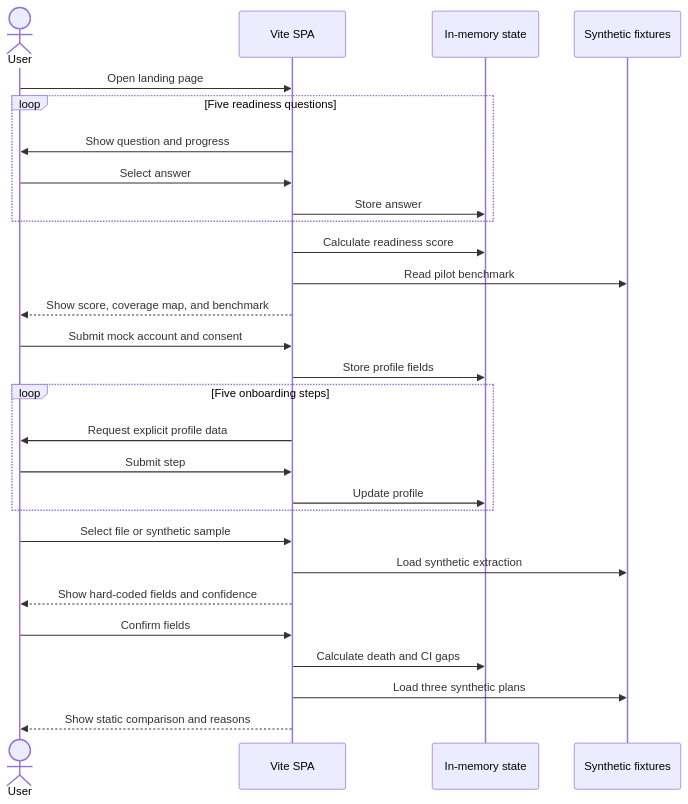
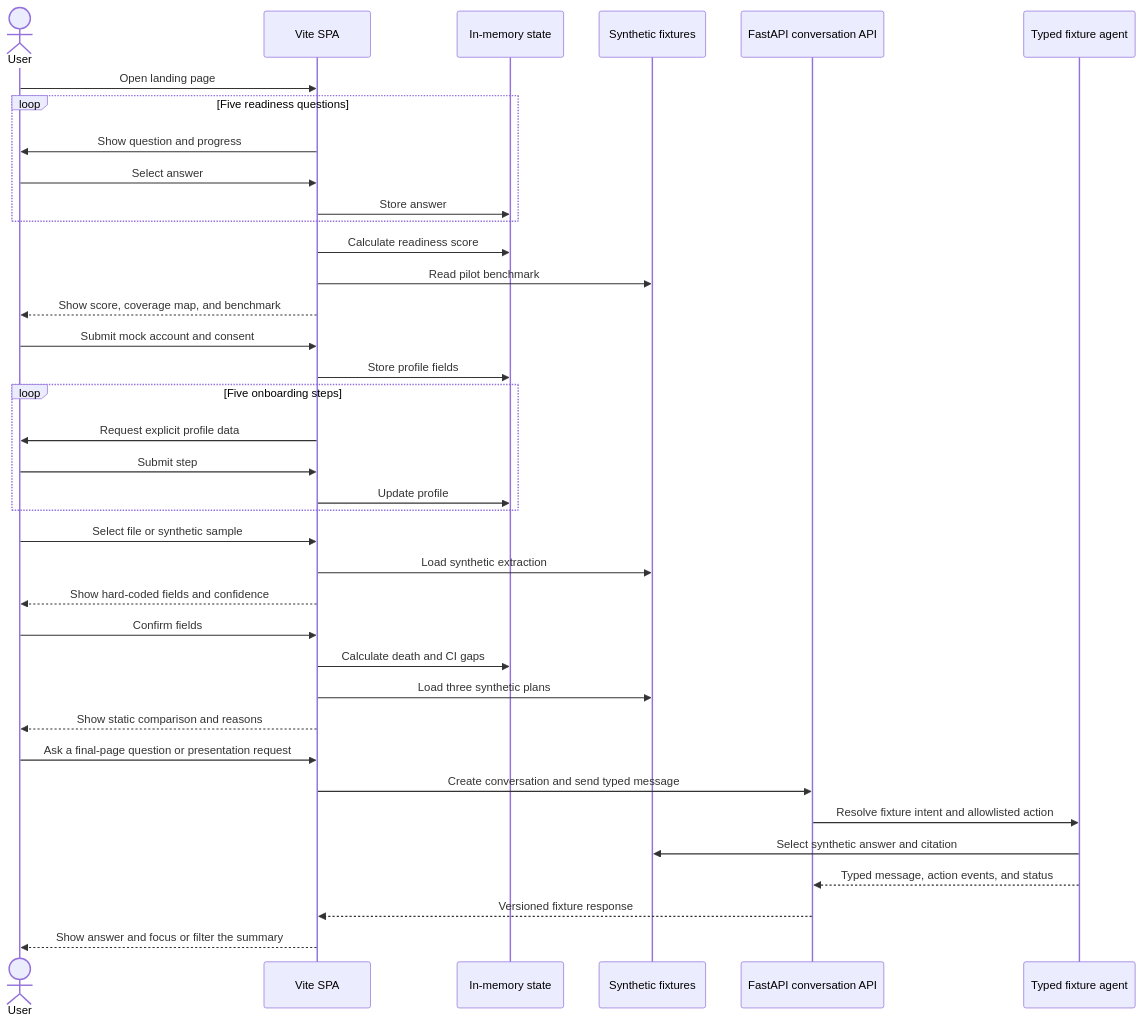
Before and after one commit to dgxy2002/sn-hackathon: the first of 4 diagrams in docs/diagrams/sequence.md, drawn with Mermaid. The commit also changed other lines of this file and 22 other files, not shown here.

````diff
--- a/docs/diagrams/sequence.md
+++ b/docs/diagrams/sequence.md
@@ -5,31 +5,40 @@
 ```mermaid
 sequenceDiagram
     actor User
     participant SPA as Vite SPA
     participant State as In-memory state
     participant Fixtures as Synthetic fixtures
+    participant API as FastAPI conversation API
+    participant Agent as Typed fixture agent
 
     User->>SPA: Open landing page
     loop Five readiness questions
         SPA->>User: Show question and progress
         User->>SPA: Select answer
         SPA->>State: Store answer
     end
     SPA->>State: Calculate readiness score
     SPA->>Fixtures: Read pilot benchmark
     SPA-->>User: Show score, coverage map, and benchmark
     User->>SPA: Submit mock account and consent
     SPA->>State: Store profile fields
     loop Five onboarding steps
         SPA->>User: Request explicit profile data
         User->>SPA: Submit step
         SPA->>State: Update profile
     end
     User->>SPA: Select file or synthetic sample
     SPA->>Fixtures: Load synthetic extraction
     SPA-->>User: Show hard-coded fields and confidence
     User->>SPA: Confirm fields
     SPA->>State: Calculate death and CI gaps
     SPA->>Fixtures: Load three synthetic plans
     SPA-->>User: Show static comparison and reasons
+    User->>SPA: Ask a final-page question or presentation request
+    SPA->>API: Create conversation and send typed message
+    API->>Agent: Resolve fixture intent and allowlisted action
+    Agent->>Fixtures: Select synthetic answer and citation
+    Agent-->>API: Typed message, action events, and status
+    API-->>SPA: Versioned fixture response
+    SPA-->>User: Show answer and focus or filter the summary
 ```
````
